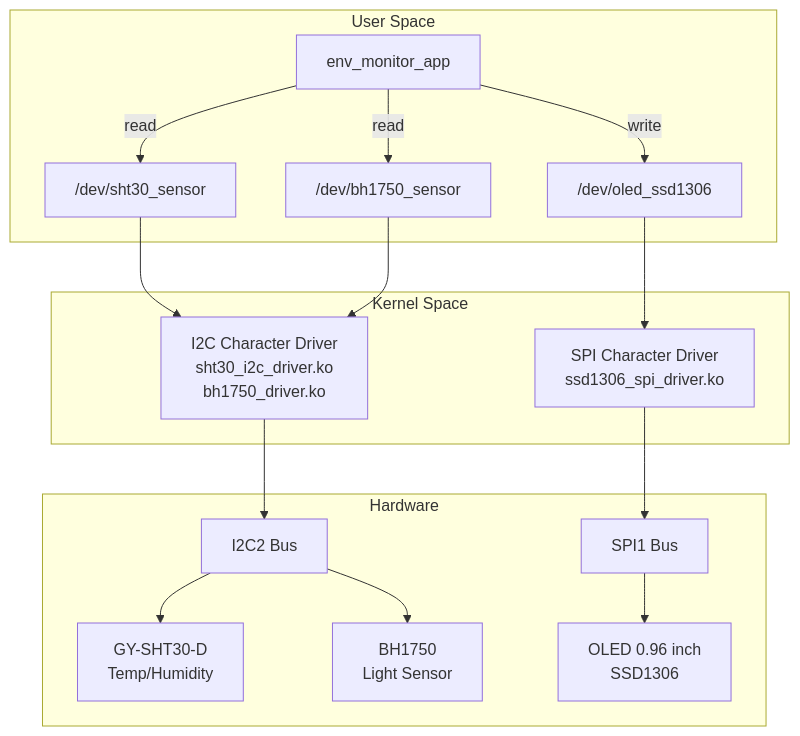
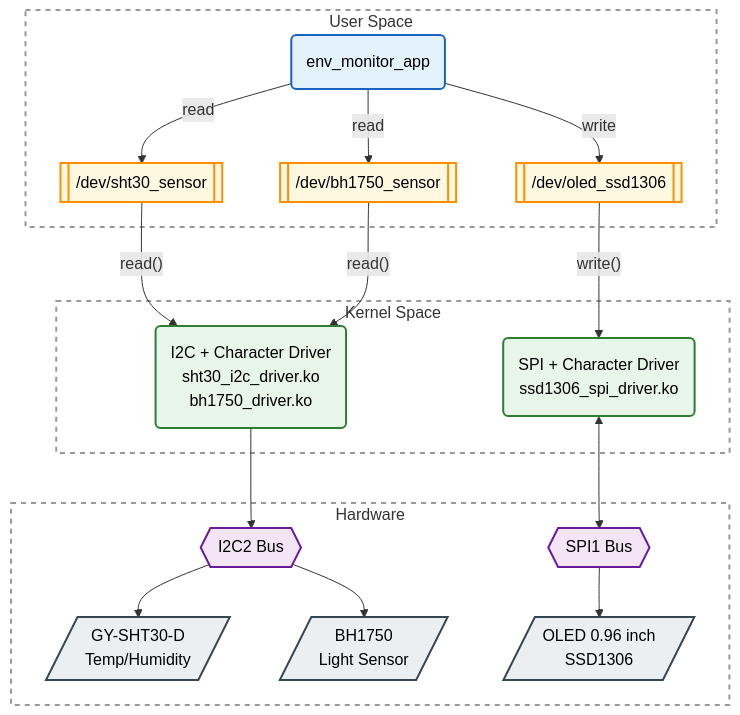
One commit to haidoan2098/Environmental-Monitoring-System changed the diagram in README.md. Above: the diagram before and after it, drawn with Mermaid.

````diff
--- a/README.md
+++ b/README.md
@@ -11,37 +11,47 @@
 ```mermaid
-graph TB
+flowchart TB
+    %% Định nghĩa Style (Minimalist & Professional)
+    classDef userApp fill:#e3f2fd,stroke:#1565c0,stroke-width:2px,color:#000
+    classDef devNode fill:#fff8e1,stroke:#ff8f00,stroke-width:2px,color:#000
+    classDef kernelDrv fill:#e8f5e9,stroke:#2e7d32,stroke-width:2px,color:#000
+    classDef bus fill:#f3e5f5,stroke:#6a1b9a,stroke-width:2px,color:#000
+    classDef hw fill:#eceff1,stroke:#37474f,stroke-width:2px,color:#000
+    classDef layer fill:none,stroke:#999,stroke-width:2px,stroke-dasharray: 5 5
+
     subgraph UserSpace["User Space"]
-        App["env_monitor_app"]
-        DevSHT30["/dev/sht30_sensor"]
-        DevBH1750["/dev/bh1750_sensor"]
-        DevOLED["/dev/oled_ssd1306"]
+        App("env_monitor_app"):::userApp
+        DevSHT30[["/dev/sht30_sensor"]]:::devNode
+        DevBH1750[["/dev/bh1750_sensor"]]:::devNode
+        DevOLED[["/dev/oled_ssd1306"]]:::devNode
     end
 
     subgraph KernelSpace["Kernel Space"]
-        I2CDriver["I2C Character Driver<br/>sht30_i2c_driver.ko<br/>bh1750_driver.ko"]
-        SPIDriver["SPI Character Driver<br/>ssd1306_spi_driver.ko"]
+        I2CDriver("I2C + Character Driver<br>sht30_i2c_driver.ko<br>bh1750_driver.ko"):::kernelDrv
+        SPIDriver("SPI + Character Driver<br>ssd1306_spi_driver.ko"):::kernelDrv
     end
 
-    subgraph Hardware["Hardware"]
-        I2C2["I2C2 Bus"]
-        SPI1["SPI1 Bus"]
-        SHT30["GY-SHT30-D<br/>Temp/Humidity"]
-        BH1750["BH1750<br/>Light Sensor"]
-        OLED["OLED 0.96 inch<br/>SSD1306"]
+    subgraph HardwareSpace["Hardware"]
+        I2C2{{"I2C2 Bus"}}:::bus
+        SPI1{{"SPI1 Bus"}}:::bus
+        SHT30[/"GY-SHT30-D<br>Temp/Humidity"/]:::hw
+        BH1750[/"BH1750<br>Light Sensor"/]:::hw
+        OLED[/"OLED 0.96 inch<br>SSD1306"/]:::hw
     end
 
-    App -->|read| DevSHT30
-    App -->|read| DevBH1750
-    App -->|write| DevOLED
+    %% Apply style cho các subgraph
+    class UserSpace,KernelSpace,HardwareSpace layer
 
-    DevSHT30 --> I2CDriver
-    DevBH1750 --> I2CDriver
-    DevOLED --> SPIDriver
+    %% Luồng giao tiếp
+    App -- "read" --> DevSHT30 & DevBH1750
+    App -- "write" --> DevOLED
+
+    DevSHT30 -- "read()" --> I2CDriver
+    DevBH1750 -- "read()" --> I2CDriver
+    DevOLED -- "write()" --> SPIDriver
 
     I2CDriver --> I2C2
-    SPIDriver --> SPI1
+    SPIDriver <--> SPI1
 
-    I2C2 --> SHT30
-    I2C2 --> BH1750
+    I2C2 --> SHT30 & BH1750
     SPI1 --> OLED
 ```
````
